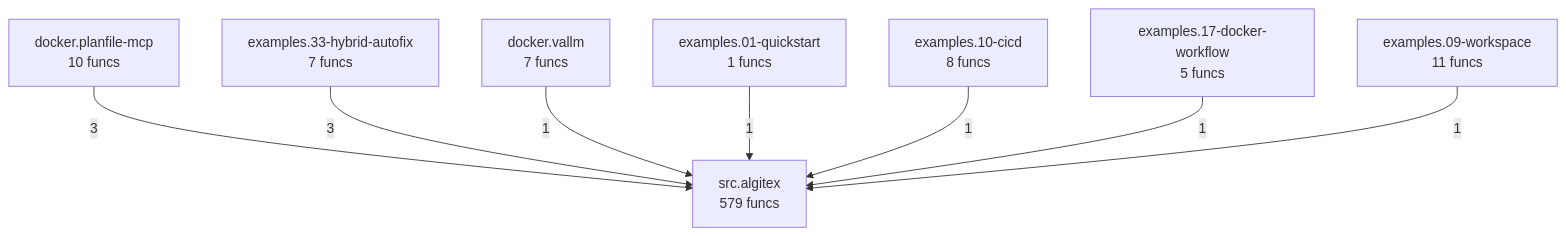
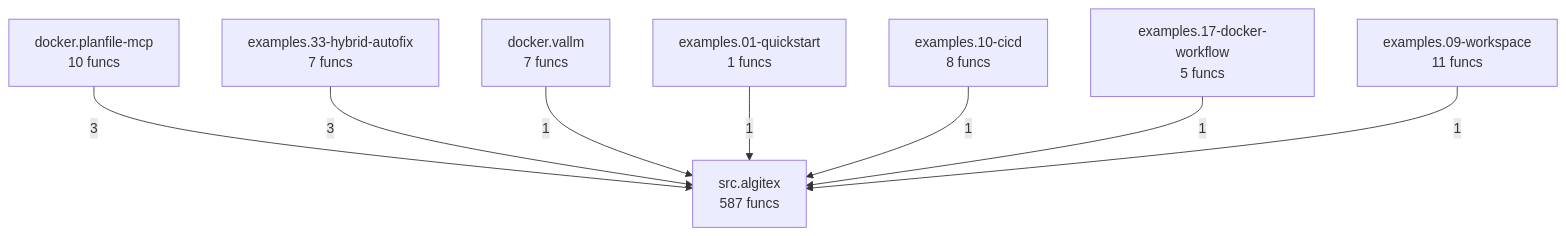
One commit to semcod/algitex changed the diagram in project/compact_flow.mmd. Above: the diagram before and after it, drawn with Mermaid. The commit also changed 30 other files, not shown here.

```diff
--- a/project/compact_flow.mmd
+++ b/project/compact_flow.mmd
@@ -1,16 +1,16 @@
 flowchart TD
     docker__planfile_mcp["docker.planfile-mcp<br/>10 funcs"]
     docker__vallm["docker.vallm<br/>7 funcs"]
     examples__01_quickstart["examples.01-quickstart<br/>1 funcs"]
     examples__09_workspace["examples.09-workspace<br/>11 funcs"]
     examples__10_cicd["examples.10-cicd<br/>8 funcs"]
     examples__17_docker_workflow["examples.17-docker-workflow<br/>5 funcs"]
     examples__33_hybrid_autofix["examples.33-hybrid-autofix<br/>7 funcs"]
-    src__algitex["src.algitex<br/>579 funcs"]
+    src__algitex["src.algitex<br/>587 funcs"]
     docker__planfile_mcp -->|3| src__algitex
     examples__33_hybrid_autofix -->|3| src__algitex
     docker__vallm -->|1| src__algitex
     examples__01_quickstart -->|1| src__algitex
     examples__10_cicd -->|1| src__algitex
     examples__17_docker_workflow -->|1| src__algitex
     examples__09_workspace -->|1| src__algitex
```
